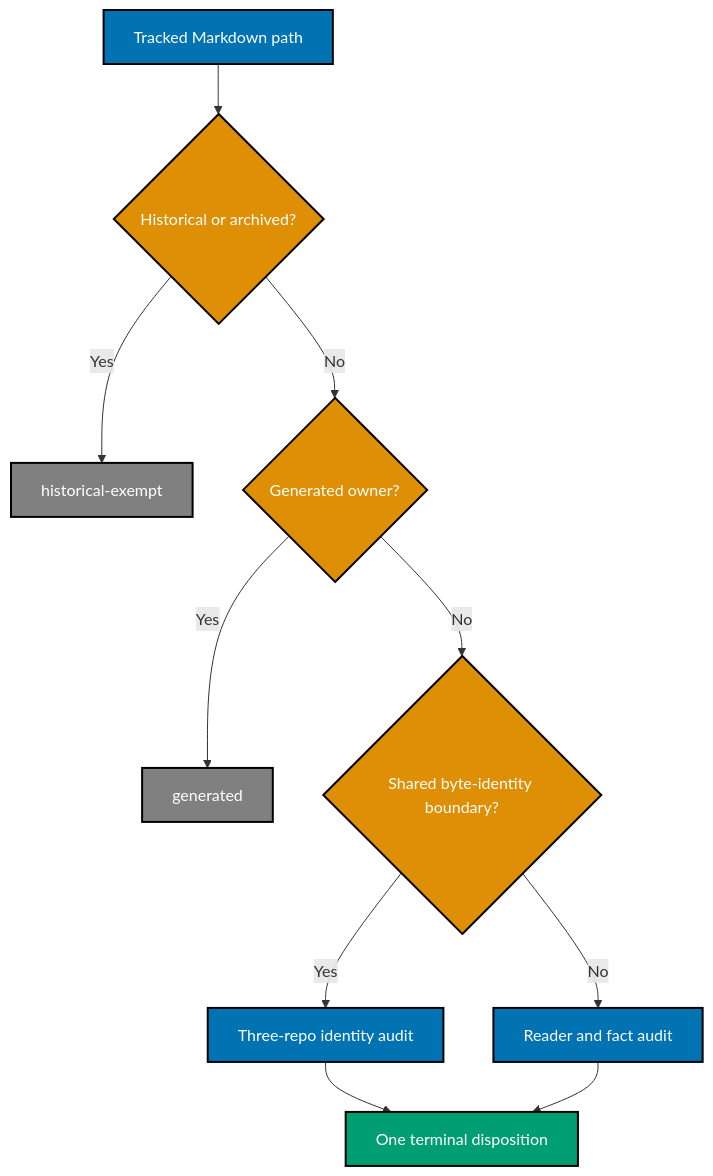
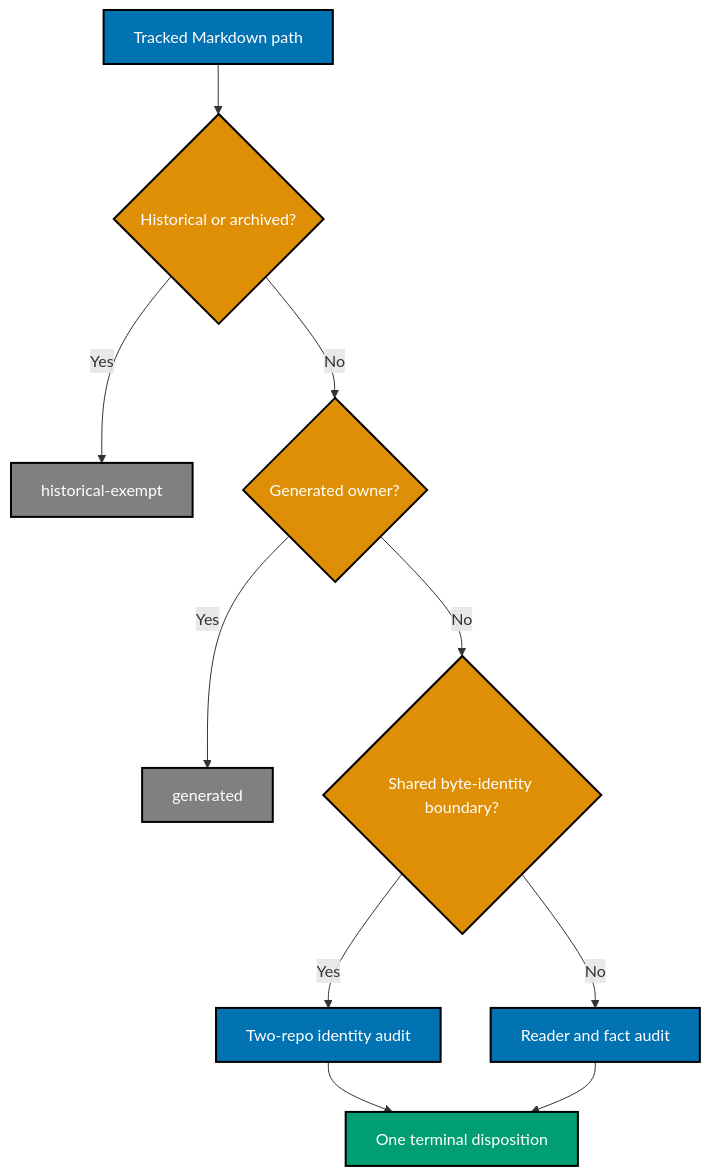
The second of 3 diagrams in plans/in-progress/repository-onboarding-readme-refresh/tech-docs.md (wahidyankf/open-sharia-fintech), drawn with Mermaid before and after one commit. The commit also changed other lines of this file and 166 other files, not shown here.

````diff
--- a/plans/in-progress/repository-onboarding-readme-refresh/tech-docs.md
+++ b/plans/in-progress/repository-onboarding-readme-refresh/tech-docs.md
@@ -91,18 +98,18 @@
 ```mermaid
 %% Color palette: Blue #0173B2, Orange #DE8F05, Teal #029E73, Gray #808080
 flowchart TD
   A["Tracked Markdown path"]:::blue --> H{"Historical or archived?"}:::orange
   H -->|Yes| HX["historical-exempt"]:::gray
   H -->|No| G{"Generated owner?"}:::orange
   G -->|Yes| GX["generated"]:::gray
   G -->|No| B{"Shared byte-identity boundary?"}:::orange
-  B -->|Yes| S["Three-repo identity audit"]:::blue
+  B -->|Yes| S["Two-repo identity audit"]:::blue
   B -->|No| R["Reader and fact audit"]:::blue
   S --> O["One terminal disposition"]:::teal
   R --> O
 
   classDef blue fill:#0173B2,stroke:#000000,color:#FFFFFF,stroke-width:2px
   classDef orange fill:#DE8F05,stroke:#000000,color:#FFFFFF,stroke-width:2px
   classDef teal fill:#029E73,stroke:#000000,color:#FFFFFF,stroke-width:2px
   classDef gray fill:#808080,stroke:#000000,color:#FFFFFF,stroke-width:2px
 ```
````
